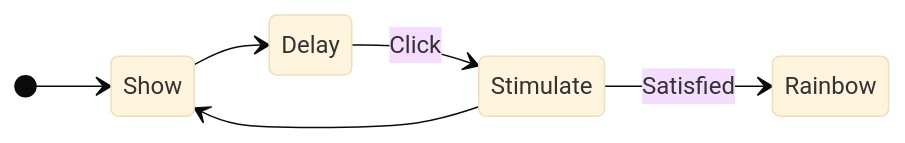
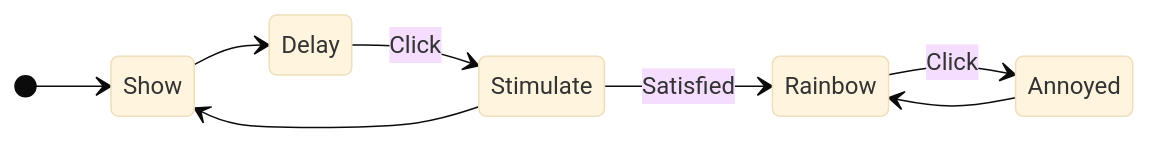
One commit to moore/m8 changed the sixth of 7 diagrams in README.md. Above: the diagram before and after it, drawn with Mermaid (base theme). The commit also changed other lines of this file and 10 other files, not shown here.

````diff
--- a/README.md
+++ b/README.md
@@ -63,9 +63,11 @@
 ```mermaid
 stateDiagram
     direction LR
     [*] --> Show
     Show --> Delay
     Delay --> Stimulate: Click
     Stimulate --> Show
     Stimulate --> Rainbow: Satisfied
+    Rainbow --> Annoyed: Click
+    Annoyed --> Rainbow
 ```
````
